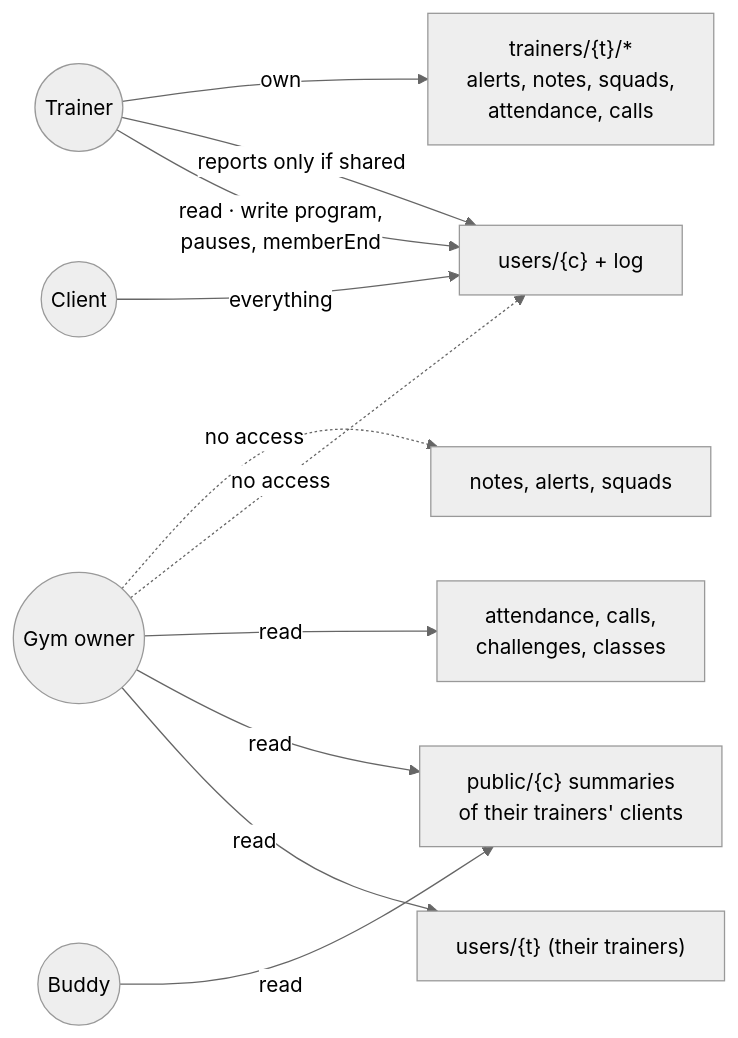
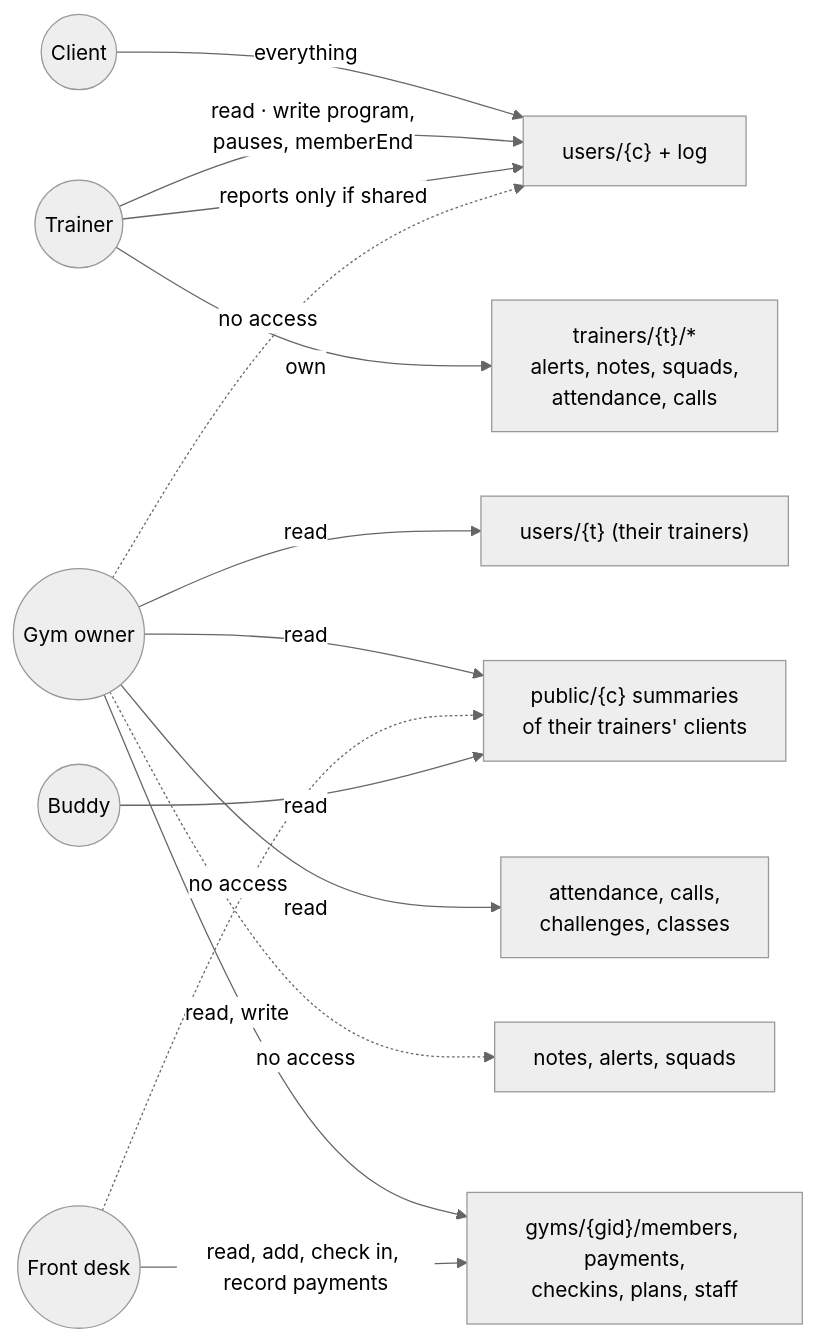
The fourth of 8 diagrams in docs/ARCHITECTURE.md (mmuralidharan111/Primal-Strength), drawn with Mermaid (neutral theme) before and after one commit. The commit also changed other lines of this file and 9 other files, not shown here.

First line of the commit message:
Gym web app: members, plans, hand-recorded payments with GST receipts, desk check-in, front-desk login

````diff
--- a/docs/ARCHITECTURE.md
+++ b/docs/ARCHITECTURE.md
@@ -179,13 +193,16 @@
 ```mermaid
 flowchart LR
   C(("Client")) -->|everything| CU["users/{c} + log"]
   T(("Trainer")) -->|read · write program,<br/>pauses, memberEnd| CU
   T -->|reports only if shared| CU
   T -->|own| TS["trainers/{t}/*<br/>alerts, notes, squads,<br/>attendance, calls"]
   O(("Gym owner")) -->|read| TU["users/{t} (their trainers)"]
   O -->|read| PS["public/{c} summaries<br/>of their trainers' clients"]
   O -->|read| AT["attendance, calls,<br/>challenges, classes"]
   O -.->|no access| CU
   O -.->|no access| NOTES["notes, alerts, squads"]
+  O -->|read, write| GR["gyms/{gid}/members, payments,<br/>checkins, plans, staff"]
+  DK(("Front desk")) -->|read, add, check in, record payments| GR
+  DK -.->|no access| PS
   B(("Buddy")) -->|read| PS
 ```
````
